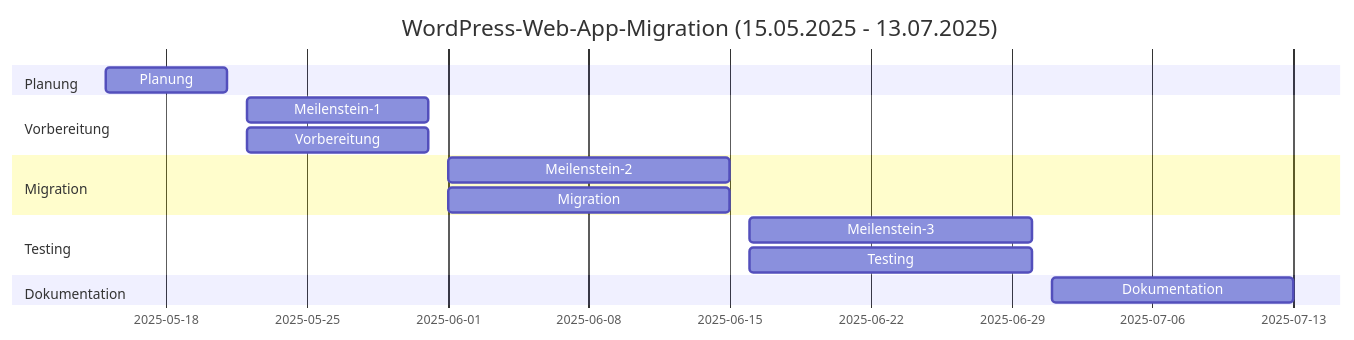
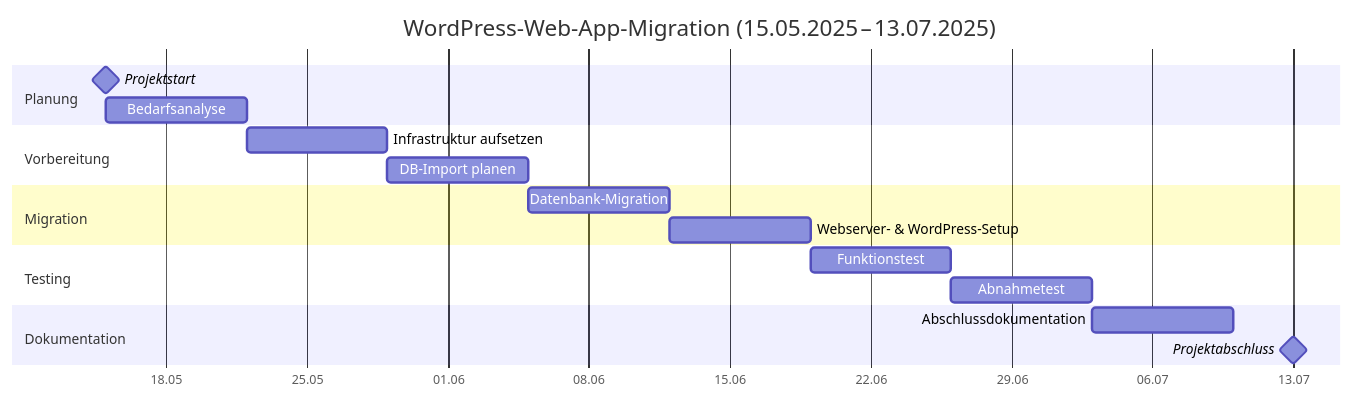
Before and after one commit to David201410/M158_Software_Migrieren: the diagram in 01_Dokumentation/README.md, drawn with Mermaid. The commit also changed other lines of this file and 12 other files, not shown here.

````diff
--- a/01_Dokumentation/README.md
+++ b/01_Dokumentation/README.md
@@ -14,18 +13,26 @@
 ```mermaid
 gantt
     dateFormat  YYYY-MM-DD
-    title WordPress-Web-App-Migration (15.05.2025 - 13.07.2025)
+    title WordPress-Web-App-Migration (15.05.2025 – 13.07.2025)
+    axisFormat  %d.%m
+
     section Planung
-    Planung          : 2025-05-15, 2025-05-21
+    Projektstart          :milestone, m1, 2025-05-15, 0d
+    Bedarfsanalyse        :plan1, 2025-05-15, 7d
+
     section Vorbereitung
-    Meilenstein-1      : 2025-05-22, 2025-05-31
-    Vorbereitung     : 2025-05-22, 2025-05-31
+    Infrastruktur aufsetzen   :prep1, 2025-05-22, 7d
+    DB-Import planen          :prep2, 2025-05-29, 7d
+
     section Migration
-    Meilenstein-2      : 2025-06-01, 2025-06-15
-    Migration        : 2025-06-01, 2025-06-15
+    Datenbank-Migration       :mig1, 2025-06-05, 7d
+    Webserver- & WordPress-Setup :mig2, 2025-06-12, 7d
+
     section Testing
-    Meilenstein-3      : 2025-06-16, 2025-06-30
-    Testing          : 2025-06-16, 2025-06-30
+    Funktionstest             :test1, 2025-06-19, 7d
+    Abnahmetest               :test2, 2025-06-26, 7d
+
     section Dokumentation
-    Dokumentation    : 2025-07-01, 2025-07-13
+    Abschlussdokumentation    :doc1, 2025-07-03, 7d
+    Projektabschluss          :milestone, m2, 2025-07-13, 0d
 ```
````
